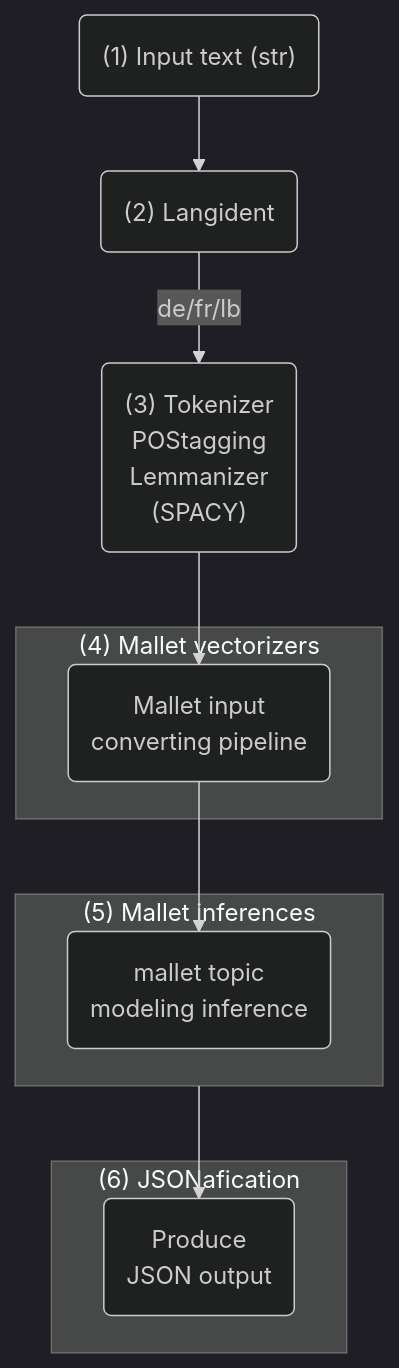
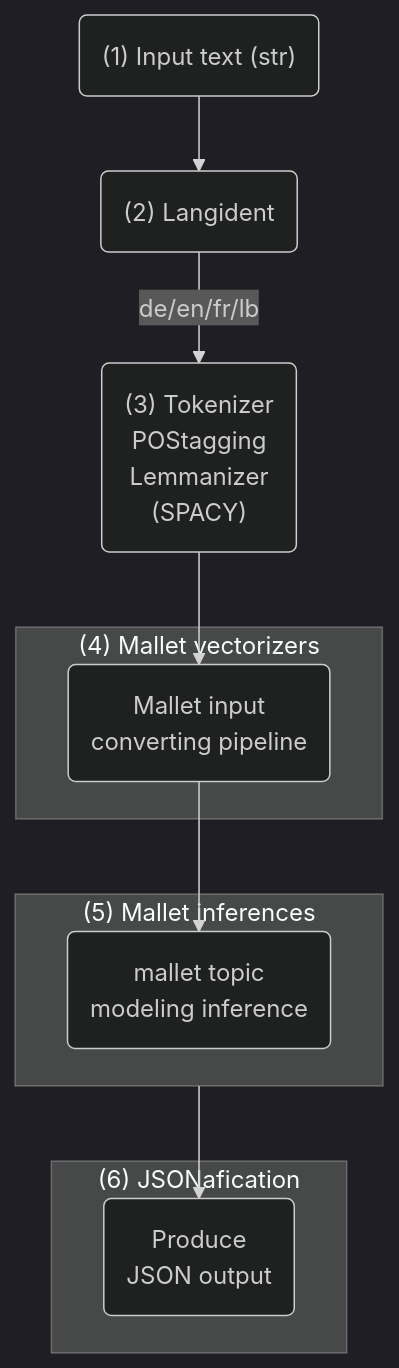
The diagram in README_ldatopics.md (impresso/impresso-pipelines), drawn with Mermaid (dark theme) before and after one commit. The commit also changed other lines of this file and 3 other files, not shown here.

````diff
--- a/README_ldatopics.md
+++ b/README_ldatopics.md
@@ -6,26 +6,26 @@
 ```mermaid
 flowchart TD
  subgraph s1["(4) Mallet vectorizers"]
         n3["Mallet input<br>converting pipeline"]
   end
  subgraph s2["(5) Mallet inferences"]
         n5["mallet topic <br>modeling inference"]
   end
  subgraph s3["(6) JSONafication"]
         n6["Produce <br>JSON output"]
   end
     A["(1) Input text (str)"] --> n1["(2) Langident"]
-    n1 -- de/fr/lb --> n2["(3) Tokenizer<br>POStagging<br>Lemmanizer<br>(SPACY)"]
+    n1 -- de/en/fr/lb --> n2["(3) Tokenizer<br>POStagging<br>Lemmanizer<br>(SPACY)"]
     n2 --> n3
     n3 --> n5
     s2 --> n6
 
     n3@{ shape: rounded}
     n5@{ shape: rounded}
     n6@{ shape: rounded}
     A@{ shape: rounded}
     n1@{ shape: rounded}
     n2@{ shape: rounded}
 
 
 ```
````
